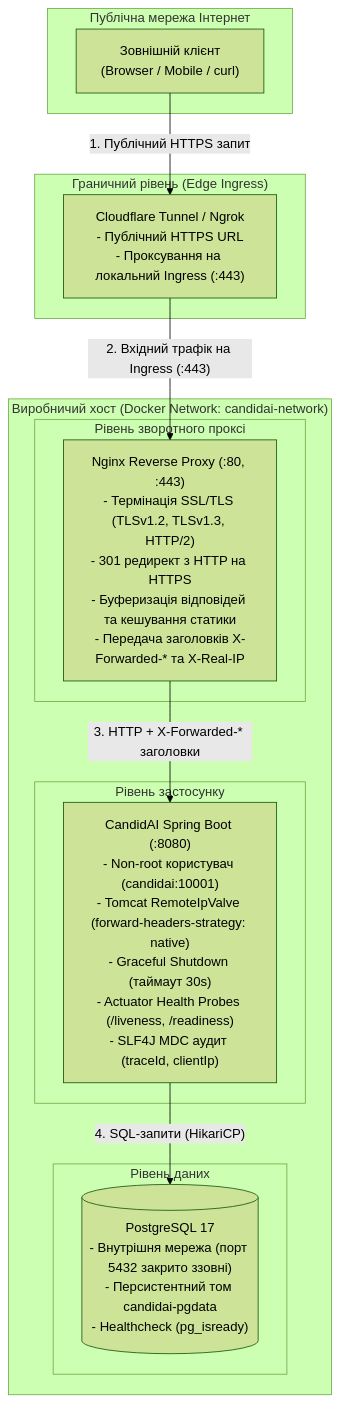
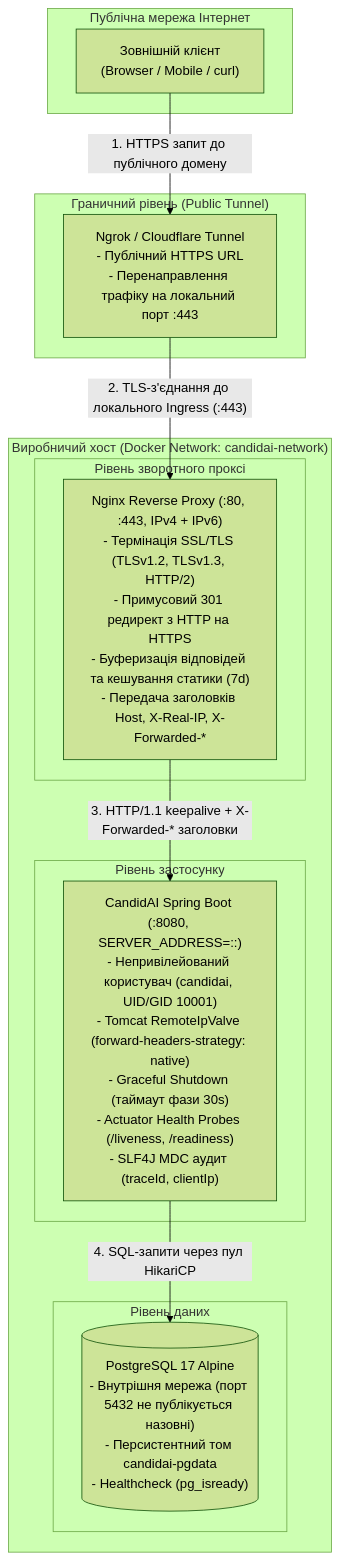
Before and after one commit to humaNukr/CandidAI: the diagram in docs/practice-9-report.md, drawn with Mermaid (forest theme). The commit also changed other lines of this file and 20 other files, not shown here.

````diff
--- a/docs/practice-9-report.md
+++ b/docs/practice-9-report.md
@@ -10,29 +9,29 @@
 ```mermaid
 flowchart TD
     subgraph Internet ["Публічна мережа Інтернет"]
         Client["Зовнішній клієнт\n(Browser / Mobile / curl)"]
     end
 
-    subgraph Edge ["Граничний рівень (Edge Ingress)"]
-        Tunnel["Cloudflare Tunnel / Ngrok\n- Публічний HTTPS URL\n- Проксування на локальний Ingress (:443)"]
+    subgraph Edge ["Граничний рівень (Public Tunnel)"]
+        Tunnel["Ngrok / Cloudflare Tunnel\n- Публічний HTTPS URL\n- Перенаправлення трафіку на локальний порт :443"]
     end
 
     subgraph Host ["Виробничий хост (Docker Network: candidai-network)"]
         subgraph Proxy ["Рівень зворотного проксі"]
-            Nginx["Nginx Reverse Proxy (:80, :443)\n- Термінація SSL/TLS (TLSv1.2, TLSv1.3, HTTP/2)\n- 301 редирект з HTTP на HTTPS\n- Буферизація відповідей та кешування статики\n- Передача заголовків X-Forwarded-* та X-Real-IP"]
+            Nginx["Nginx Reverse Proxy (:80, :443, IPv4 + IPv6)\n- Термінація SSL/TLS (TLSv1.2, TLSv1.3, HTTP/2)\n- Примусовий 301 редирект з HTTP на HTTPS\n- Буферизація відповідей та кешування статики (7d)\n- Передача заголовків Host, X-Real-IP, X-Forwarded-*"]
         end
 
         subgraph App ["Рівень застосунку"]
-            SpringBoot["CandidAI Spring Boot (:8080)\n- Non-root користувач (candidai:10001)\n- Tomcat RemoteIpValve (forward-headers-strategy: native)\n- Graceful Shutdown (таймаут 30s)\n- Actuator Health Probes (/liveness, /readiness)\n- SLF4J MDC аудит (traceId, clientIp)"]
+            SpringBoot["CandidAI Spring Boot (:8080, SERVER_ADDRESS=::)\n- Непривілейований користувач (candidai, UID/GID 10001)\n- Tomcat RemoteIpValve (forward-headers-strategy: native)\n- Graceful Shutdown (таймаут фази 30s)\n- Actuator Health Probes (/liveness, /readiness)\n- SLF4J MDC аудит (traceId, clientIp)"]
         end
 
         subgraph Data ["Рівень даних"]
-            Postgres[("PostgreSQL 17\n- Внутрішня мережа (порт 5432 закрито ззовні)\n- Персистентний том candidai-pgdata\n- Healthcheck (pg_isready)")]
+            Postgres[("PostgreSQL 17 Alpine\n- Внутрішня мережа (порт 5432 не публікується назовні)\n- Персистентний том candidai-pgdata\n- Healthcheck (pg_isready)")]
         end
     end
 
-    Client -- "1. Публічний HTTPS запит" --> Tunnel
-    Tunnel -- "2. Вхідний трафік на Ingress (:443)" --> Nginx
-    Nginx -- "3. HTTP + X-Forwarded-* заголовки" --> SpringBoot
-    SpringBoot -- "4. SQL-запити (HikariCP)" --> Postgres
+    Client -- "1. HTTPS запит до публічного домену" --> Tunnel
+    Tunnel -- "2. TLS-з'єднання до локального Ingress (:443)" --> Nginx
+    Nginx -- "3. HTTP/1.1 keepalive + X-Forwarded-* заголовки" --> SpringBoot
+    SpringBoot -- "4. SQL-запити через пул HikariCP" --> Postgres
 ```
````
